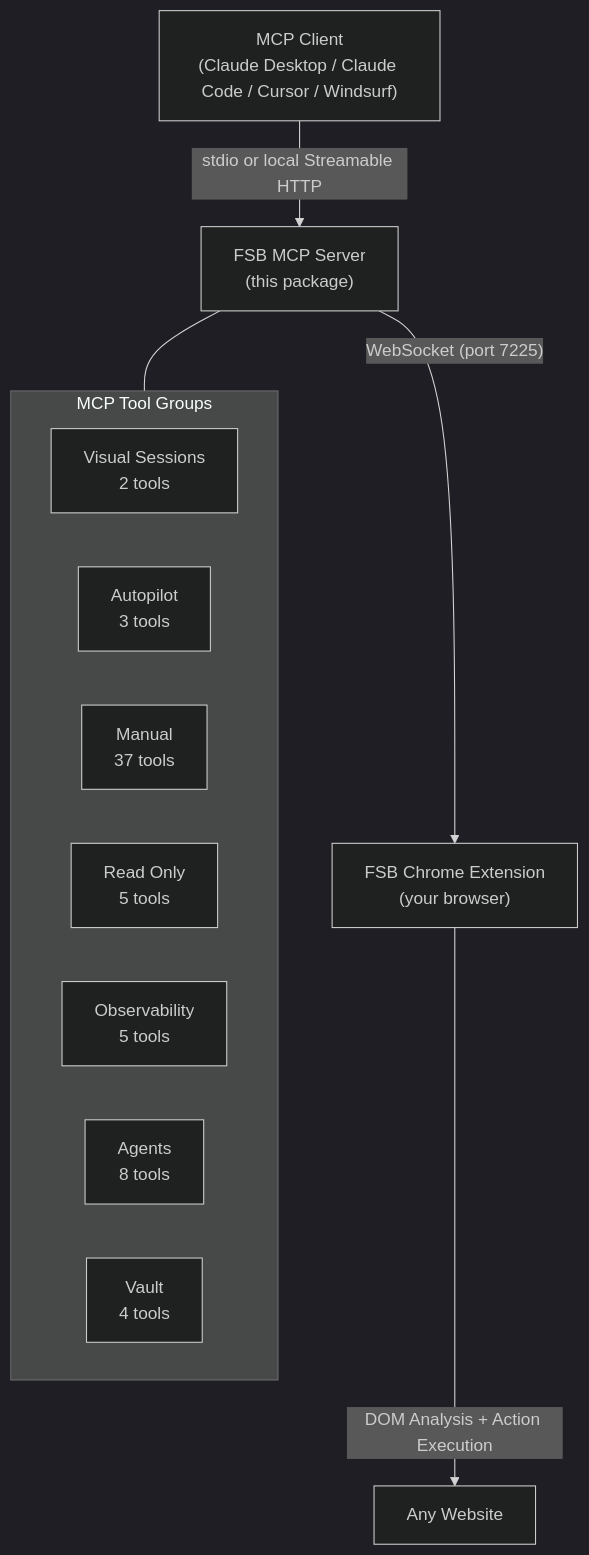
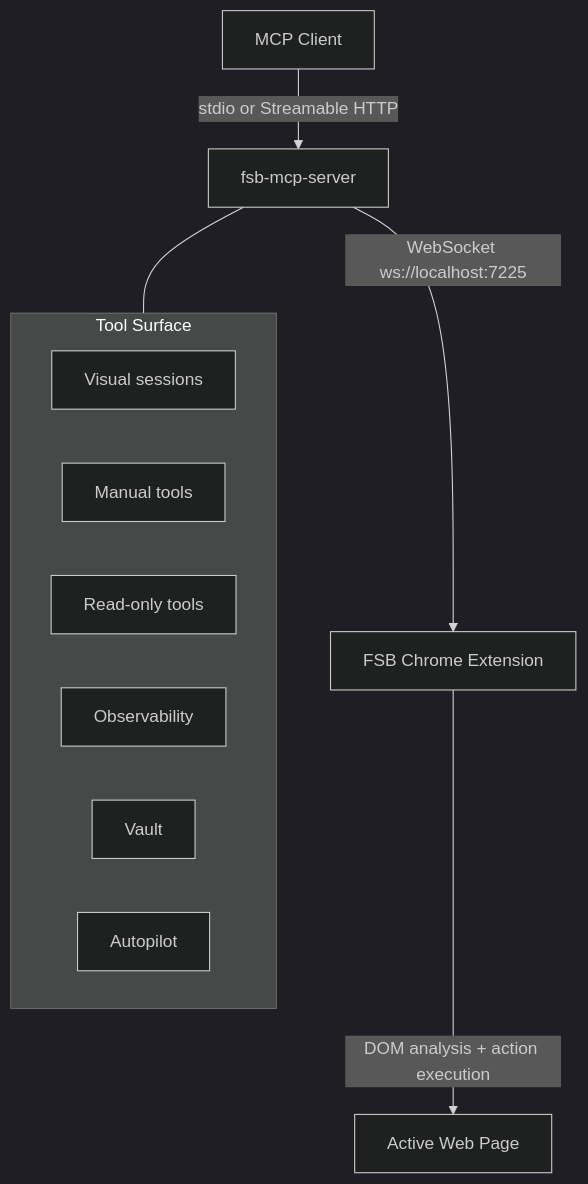
Before and after one commit to LakshmanTurlapati/FSB: the diagram in mcp/README.md, drawn with Mermaid (dark theme). The commit also changed other lines of this file and 3 other files, not shown here.

````diff
--- a/mcp/README.md
+++ b/mcp/README.md
@@ -498,19 +376,17 @@
 ```mermaid
 graph TD
-    A["MCP Client\n(Claude Desktop / Claude Code / Cursor / Windsurf)"] -->|"stdio or local Streamable HTTP"| B["FSB MCP Server\n(this package)"]
-    B -->|"WebSocket (port 7225)"| C["FSB Chrome Extension\n(your browser)"]
-    C -->|"DOM Analysis + Action Execution"| D["Any Website"]
+    A["MCP Client"] -->|"stdio or Streamable HTTP"| B["fsb-mcp-server"]
+    B -->|"WebSocket ws://localhost:7225"| C["FSB Chrome Extension"]
+    C -->|"DOM analysis + action execution"| D["Active Web Page"]
 
-    subgraph tools ["MCP Tool Groups"]
-        direction LR
-        T0["Visual Sessions\n2 tools"]
-        T1["Autopilot\n3 tools"]
-        T2["Manual\n37 tools"]
-        T6["Read Only\n5 tools"]
-        T7["Observability\n5 tools"]
-        T8["Agents\n8 tools"]
-        T9["Vault\n4 tools"]
+    subgraph Surface["Tool Surface"]
+      V["Visual sessions"]
+      M["Manual tools"]
+      R["Read-only tools"]
+      O["Observability"]
+      P["Vault"]
+      T["Autopilot"]
     end
 
-    B --- tools
+    B --- Surface
 ```
````
